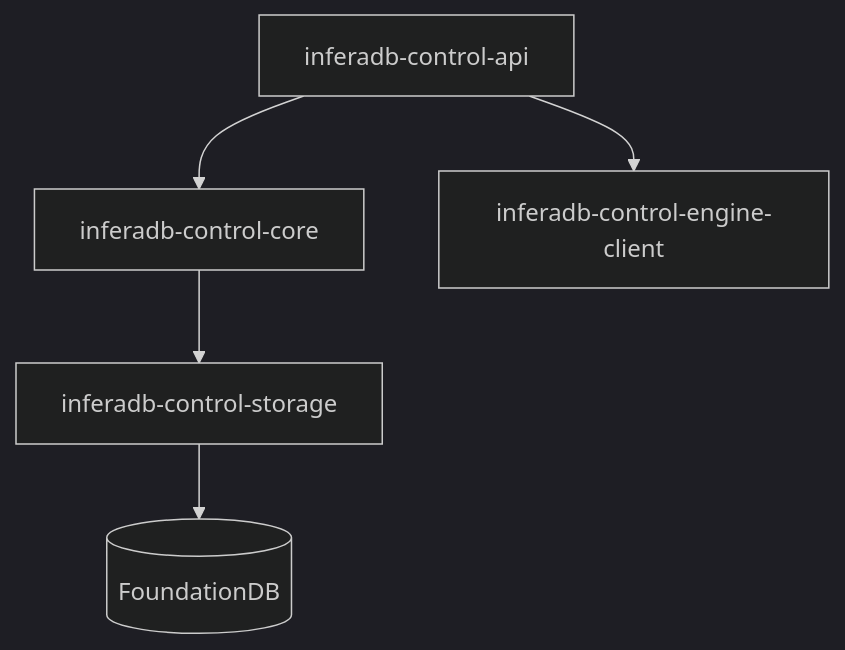
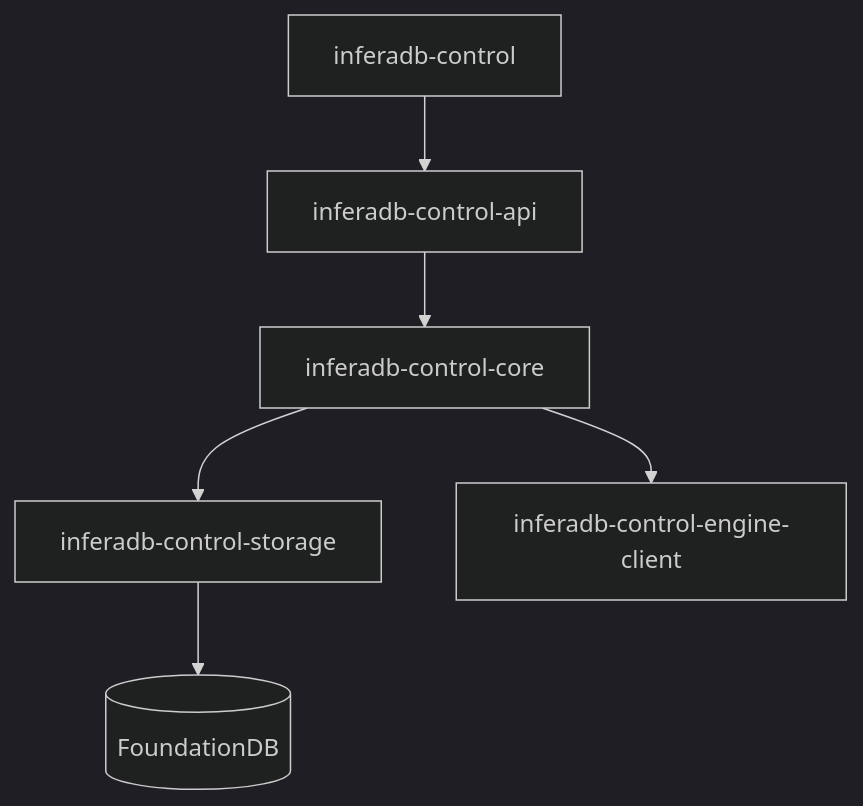
Before and after one commit to inferadb/control: the diagram in README.md, drawn with Mermaid (dark theme). The commit also changed other lines of this file and 14 other files, not shown here.

````diff
--- a/README.md
+++ b/README.md
@@ -62,7 +63,8 @@
 ```mermaid
 graph TD
-    API[inferadb-control-api] --> Core[inferadb-control-core]
+    Bin[inferadb-control] --> API[inferadb-control-api]
+    API --> Core[inferadb-control-core]
     Core --> Storage[inferadb-control-storage]
     Storage --> FDB[(FoundationDB)]
-    API --> GRPC[inferadb-control-engine-client]
+    Core --> Engine[inferadb-control-engine-client]
 ```
````
